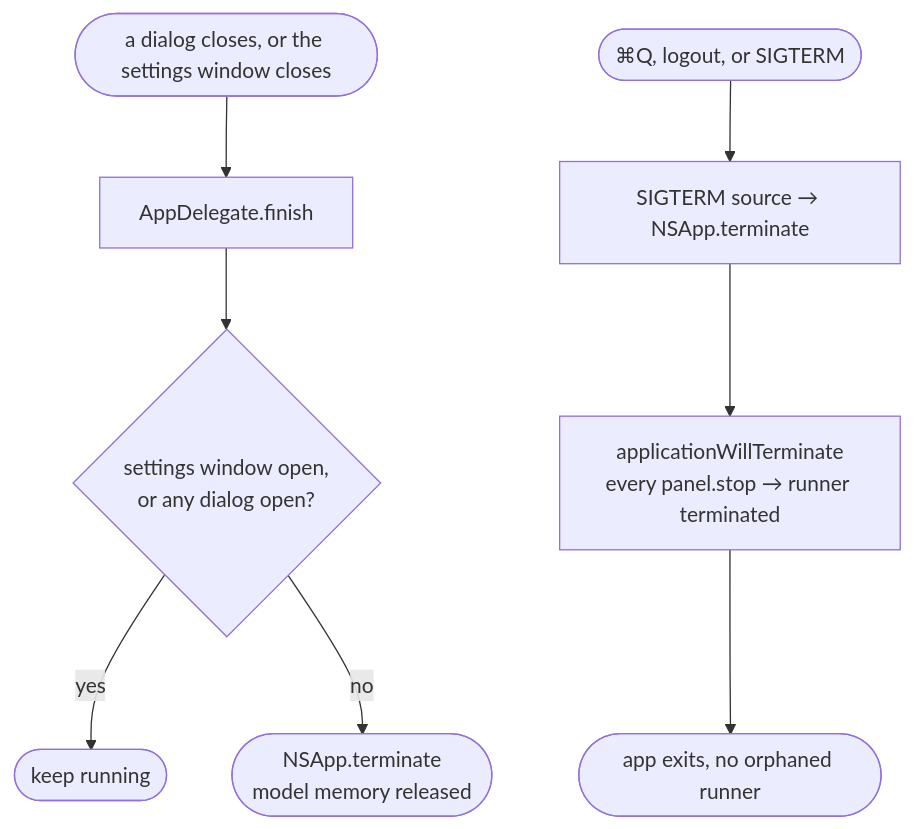
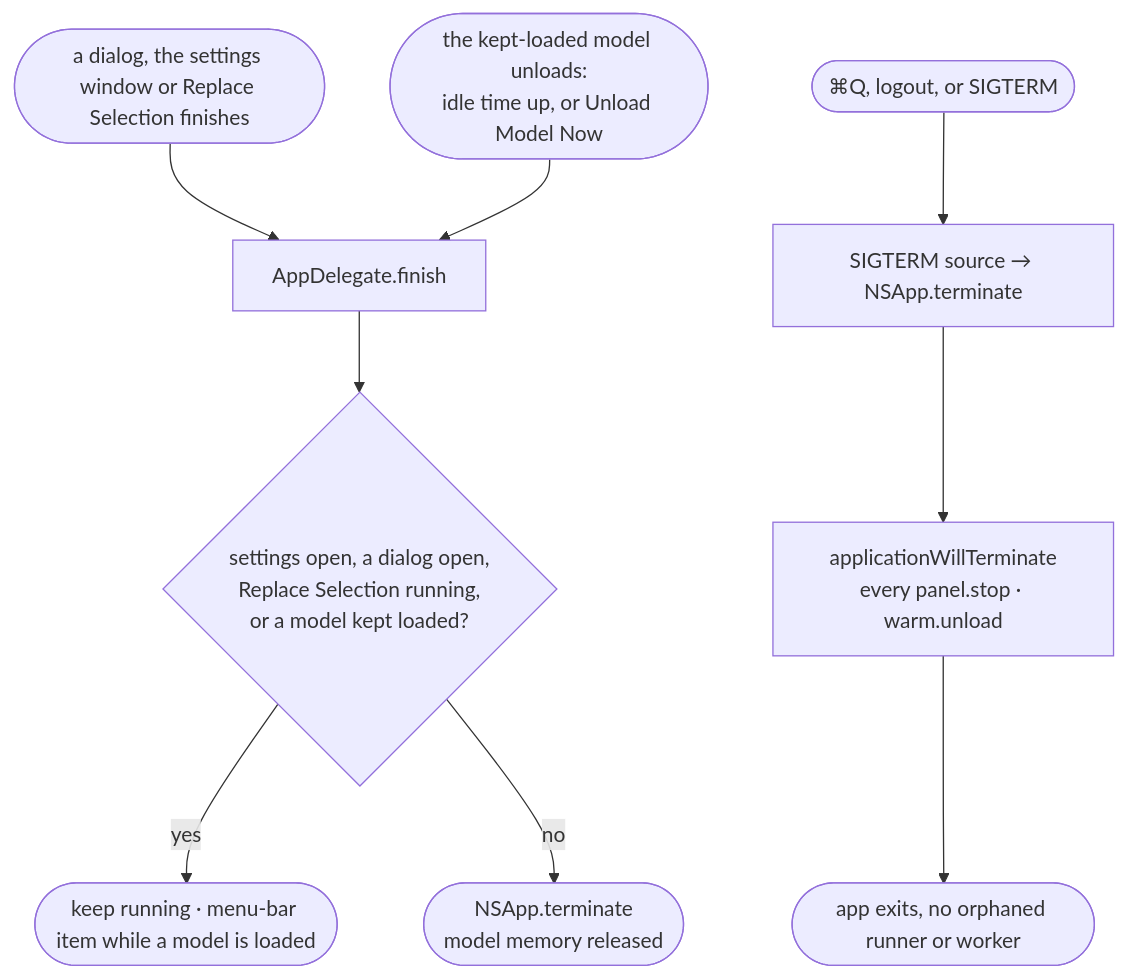
The tenth of 15 diagrams in docs/FLOW_MAPS.md (jdgiles26/prompt-menu), drawn with Mermaid before and after one commit. The commit also changed other lines of this file and 8 other files, not shown here.

````diff
--- a/docs/FLOW_MAPS.md
+++ b/docs/FLOW_MAPS.md
@@ -251,10 +262,11 @@
 ```mermaid
 flowchart TD
-    A([a dialog closes, or the settings window closes]) --> B[AppDelegate.finish]
-    B --> C{settings window open,<br/>or any dialog open?}
-    C -- yes --> D([keep running])
+    A([a dialog, the settings window or Replace Selection finishes]) --> B[AppDelegate.finish]
+    U([the kept-loaded model unloads:<br/>idle time up, or Unload Model Now]) --> B
+    B --> C{settings open, a dialog open,<br/>Replace Selection running,<br/>or a model kept loaded?}
+    C -- yes --> D([keep running · menu-bar item while a model is loaded])
     C -- no --> E([NSApp.terminate<br/>model memory released])
     Q([⌘Q, logout, or SIGTERM]) --> S[SIGTERM source → NSApp.terminate]
-    S --> W[applicationWillTerminate<br/>every panel.stop → runner terminated]
-    W --> X([app exits, no orphaned runner])
+    S --> W[applicationWillTerminate<br/>every panel.stop · warm.unload]
+    W --> X([app exits, no orphaned runner or worker])
 ```
````
